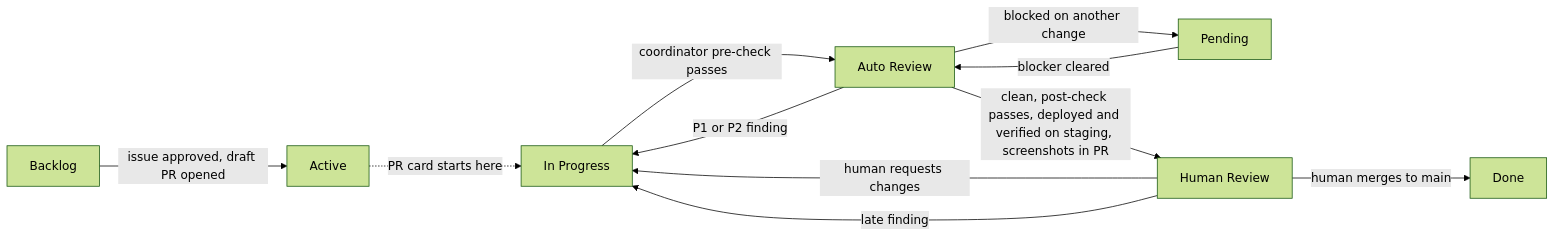
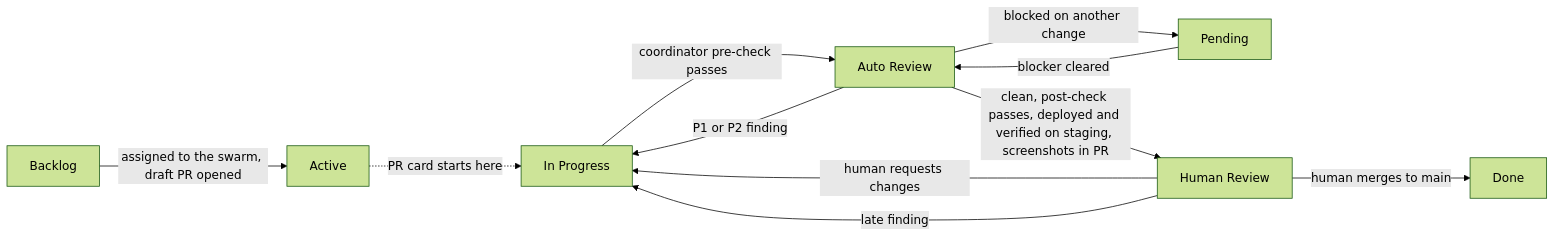
Before and after one commit to tangentcode/methodology: the diagram in workflow.md, drawn with Mermaid (forest theme). The commit also changed other lines of this file and 9 other files, not shown here.

First line of the commit message:
Board: Active requires a swarm assignment and a real link

````diff
--- a/workflow.md
+++ b/workflow.md
@@ -31,13 +33,13 @@
 ```mermaid
 flowchart LR
-    B[Backlog] -->|issue approved, draft PR opened| AC[Active]
+    B[Backlog] -->|assigned to the swarm, draft PR opened| AC[Active]
     AC -.->|PR card starts here| IP[In Progress]
     IP -->|coordinator pre-check passes| AR[Auto Review]
     AR -->|P1 or P2 finding| IP
     AR -->|blocked on another change| P[Pending]
     P -->|blocker cleared| AR
     AR -->|clean, post-check passes, deployed and verified on staging, screenshots in PR| HR[Human Review]
     HR -->|human requests changes| IP
     HR -->|late finding| IP
     HR -->|human merges to main| D[Done]
 ```
````
